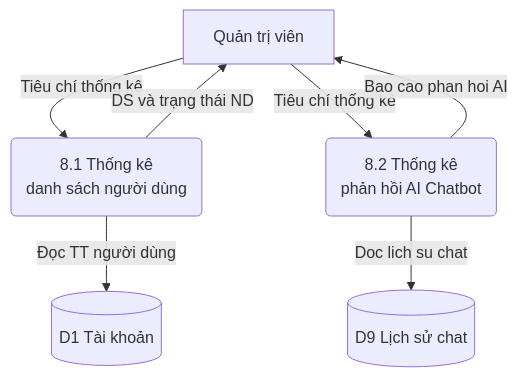
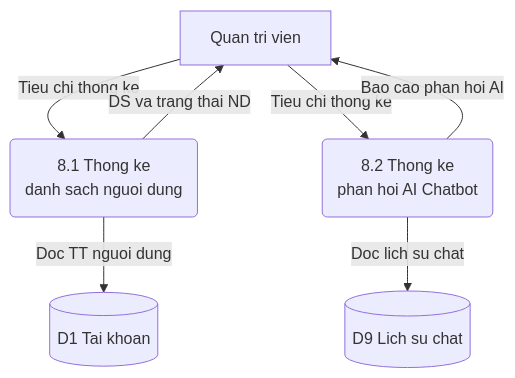
The tenth of 10 diagrams in DFD_Diagrams.md (Hieu-vn/Graduation-Thesis), drawn with Mermaid before and after one commit. The commit also changed other lines of this file, not shown here.

Commit message:
docs: Update DFD diagrams.

````diff
--- a/DFD_Diagrams.md
+++ b/DFD_Diagrams.md
@@ -508,17 +508,17 @@
 ```mermaid
 flowchart TB
-    QT["Quản trị viên"]
-    D1[("D1 Tài khoản")]
-    D9[("D9 Lịch sử chat")]
+    QT["Quan tri vien"]
+    D1[("D1 Tai khoan")]
+    D9[("D9 Lich su chat")]
 
-    P81("8.1 Thống kê<br/>danh sách người dùng")
-    P82("8.2 Thống kê<br/>phản hồi AI Chatbot")
+    P81("8.1 Thong ke<br/>danh sach nguoi dung")
+    P82("8.2 Thong ke<br/>phan hoi AI Chatbot")
 
-    QT -->|"Tiêu chí thống kê"| P81
-    P81 -->|"Đọc TT người dùng"| D1
-    P81 -->|"DS và trạng thái ND"| QT
+    QT -->|"Tieu chi thong ke"| P81
+    P81 -->|"Doc TT nguoi dung"| D1
+    P81 -->|"DS va trang thai ND"| QT
 
-    QT -->|"Tiêu chí thống kê"| P82
+    QT -->|"Tieu chi thong ke"| P82
     P82 -->|"Doc lich su chat"| D9
     P82 -->|"Bao cao phan hoi AI"| QT
 ```
````
